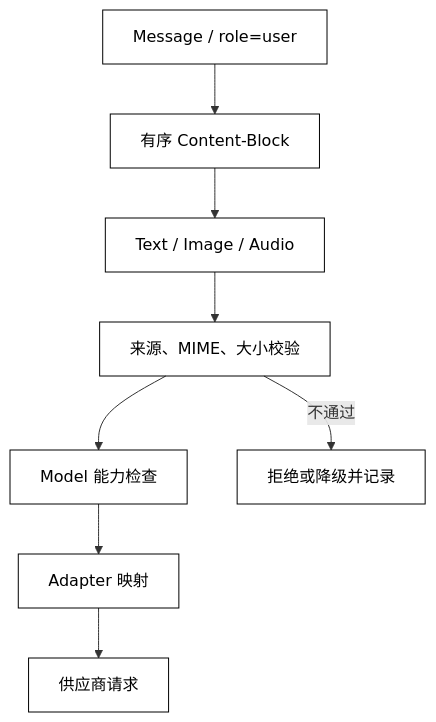
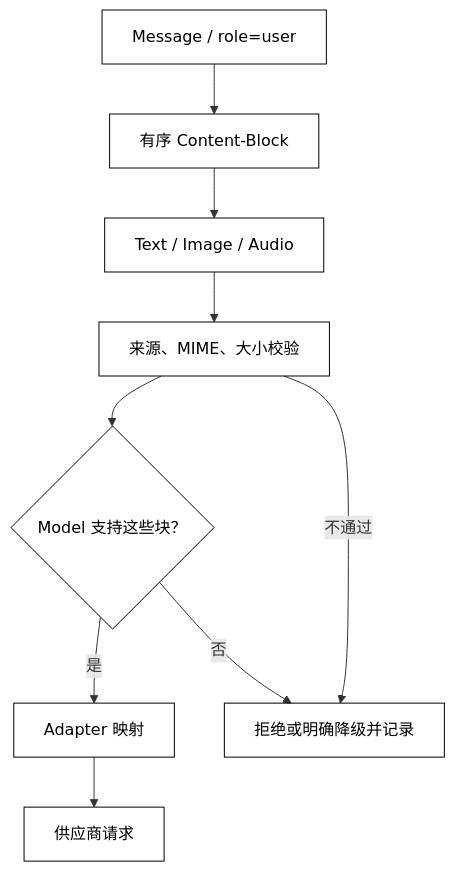
The diagram in docs/courses/agent/03-模型与消息/03-Text-Image-Audio与Content-Block.md (clint-sfy/clintsfy.github.io), drawn with Mermaid before and after one commit. The commit also changed other lines of this file and 7 other files, not shown here.

Commit message:
fix(agent): refine course mermaid boundaries

````diff
--- a/docs/courses/agent/03-模型与消息/03-Text-Image-Audio与Content-Block.md
+++ b/docs/courses/agent/03-模型与消息/03-Text-Image-Audio与Content-Block.md
@@ -24,13 +24,14 @@
 ```mermaid
 flowchart TD
     Message["Message / role=user"] --> Blocks["有序 Content-Block"]
     Blocks --> Kinds["Text / Image / Audio"]
     Kinds --> Validate["来源、MIME、大小校验"]
-    Validate --> Capability["Model 能力检查"]
-    Capability --> Adapter["Adapter 映射"]
+    Validate --> Capability{"Model 支持这些块？"}
+    Capability -->|是| Adapter["Adapter 映射"]
+    Capability -->|否| Reject["拒绝或明确降级并记录"]
     Adapter --> Payload["供应商请求"]
-    Validate -->|不通过| Reject["拒绝或降级并记录"]
+    Validate -->|不通过| Reject
 
     classDef core fill:transparent,stroke:currentColor,color:currentColor,stroke-width:1px;
     class Message,Blocks,Kinds,Validate,Capability,Adapter,Payload,Reject core;
 ```
````
